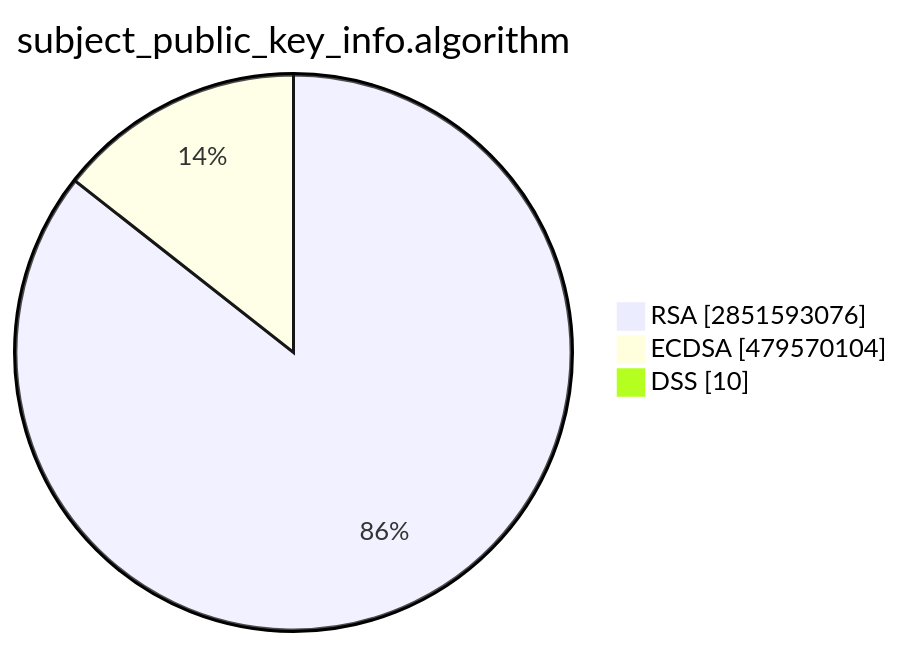
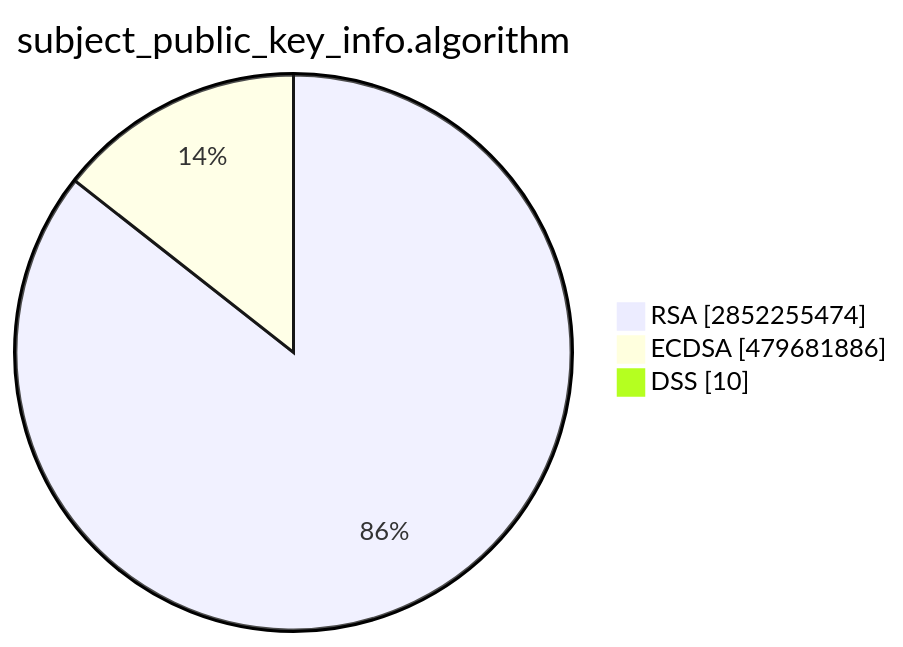
The second of 15 diagrams in TOTAL/README.md (christiankrug/ctmonitor_visualization), drawn with Mermaid before and after one commit. The commit also changed other lines of this file, not shown here.

````diff
--- a/TOTAL/README.md
+++ b/TOTAL/README.md
@@ -6,7 +6,7 @@
 ```mermaid
 pie showData
 title subject_public_key_info.algorithm
-"RSA" :2851593076
-"ECDSA" :479570104
+"RSA" :2852255474
+"ECDSA" :479681886
 "DSS" :10
 ```
````
